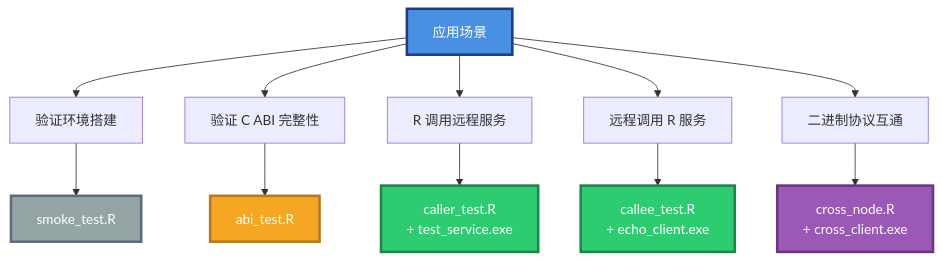
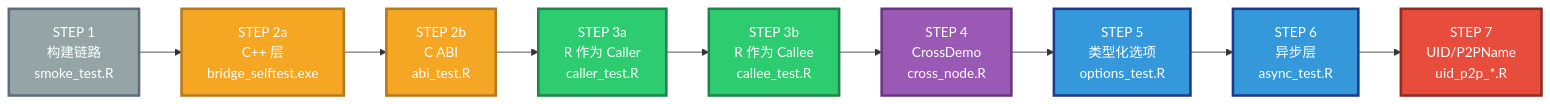
Before and after one commit to PassByYou888/LingoFuse: the ninth of 9 diagrams in r/README.md, drawn with Mermaid. The commit also changed other lines of this file and 155 other files, not shown here.

````diff
--- a/r/README.md
+++ b/r/README.md
@@ -863,22 +1568,25 @@
 ```mermaid
-graph TB
-    SCEN["应用场景"]
-    SCEN --> A1["验证环境搭建"]
-    SCEN --> A2["验证 C ABI 完整性"]
-    SCEN --> A3["R 调用远程服务"]
-    SCEN --> A4["远程调用 R 服务"]
-    SCEN --> A5["二进制协议互通"]
+graph LR
+    S1["STEP 1<br/>构建链路<br/>smoke_test.R"]
+    S2a["STEP 2a<br/>C++ 层<br/>bridge_selftest.exe"]
+    S2b["STEP 2b<br/>C ABI<br/>abi_test.R"]
+    S3a["STEP 3a<br/>R 作为 Caller<br/>caller_test.R"]
+    S3b["STEP 3b<br/>R 作为 Callee<br/>callee_test.R"]
+    S4["STEP 4<br/>CrossDemo<br/>cross_node.R"]
+    S5["STEP 5<br/>类型化选项<br/>options_test.R"]
+    S6["STEP 6<br/>异步层<br/>async_test.R"]
+    S7["STEP 7<br/>UID/P2PName<br/>uid_p2p_*.R"]
 
-    A1 --> T1["smoke_test.R"]
-    A2 --> T2["abi_test.R"]
-    A3 --> T3["caller_test.R<br/>+ test_service.exe"]
-    A4 --> T4["callee_test.R<br/>+ echo_client.exe"]
-    A5 --> T5["cross_node.R<br/>+ cross_client.exe"]
+    S1 --> S2a --> S2b --> S3a --> S3b --> S4
+    S4 --> S5 --> S6 --> S7
 
-    style SCEN fill:#4A90E2,stroke:#1E3A8A,stroke-width:3px,color:#FFFFFF
-    style T1 fill:#95A5A6,stroke:#5D6D7E,stroke-width:3px,color:#FFFFFF
-    style T2 fill:#F5A623,stroke:#B7791F,stroke-width:3px,color:#FFFFFF
-    style T3 fill:#2ECC71,stroke:#1E8449,stroke-width:3px,color:#FFFFFF
-    style T4 fill:#2ECC71,stroke:#1E8449,stroke-width:3px,color:#FFFFFF
-    style T5 fill:#9B59B6,stroke:#6C3483,stroke-width:3px,color:#FFFFFF
+    style S1 fill:#95A5A6,stroke:#5D6D7E,stroke-width:3px,color:#FFFFFF
+    style S2a fill:#F5A623,stroke:#B7791F,stroke-width:3px,color:#FFFFFF
+    style S2b fill:#F5A623,stroke:#B7791F,stroke-width:3px,color:#FFFFFF
+    style S3a fill:#2ECC71,stroke:#1E8449,stroke-width:3px,color:#FFFFFF
+    style S3b fill:#2ECC71,stroke:#1E8449,stroke-width:3px,color:#FFFFFF
+    style S4 fill:#9B59B6,stroke:#6C3483,stroke-width:3px,color:#FFFFFF
+    style S5 fill:#3498DB,stroke:#1E3A8A,stroke-width:3px,color:#FFFFFF
+    style S6 fill:#3498DB,stroke:#1E3A8A,stroke-width:3px,color:#FFFFFF
+    style S7 fill:#E74C3C,stroke:#922B21,stroke-width:3px,color:#FFFFFF
 ```
````
